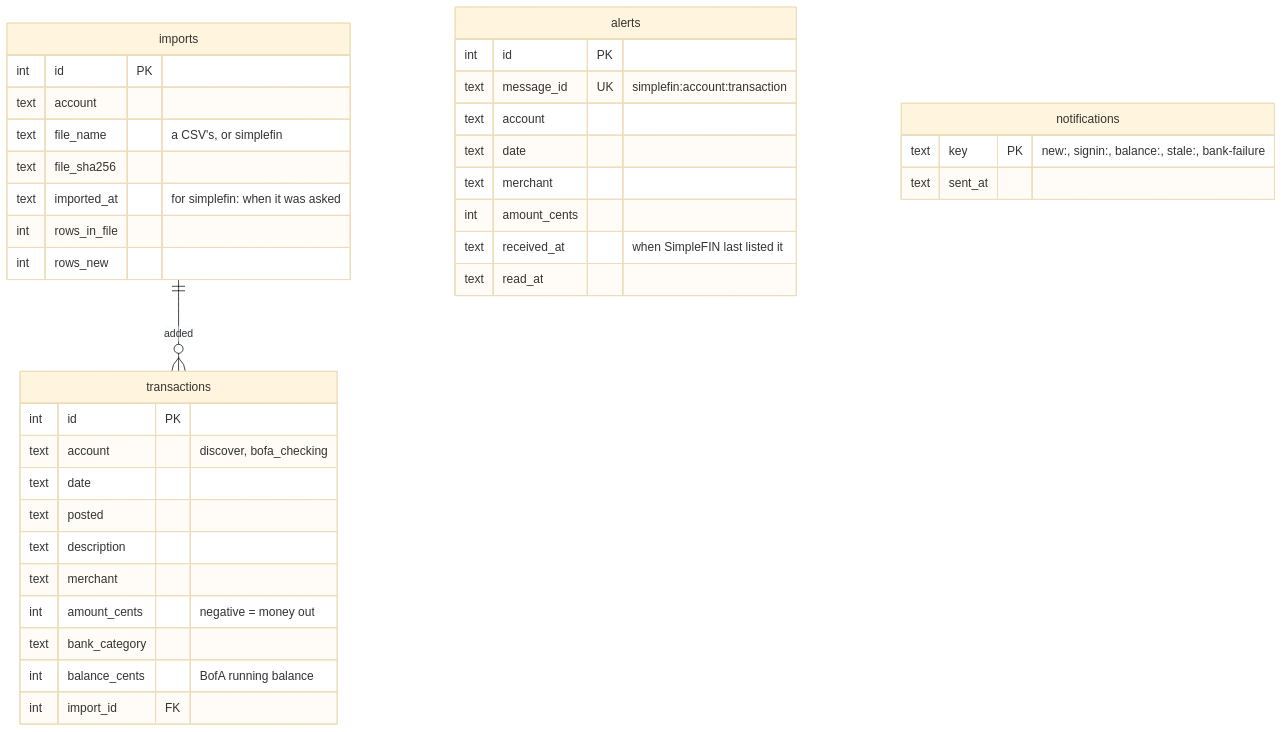
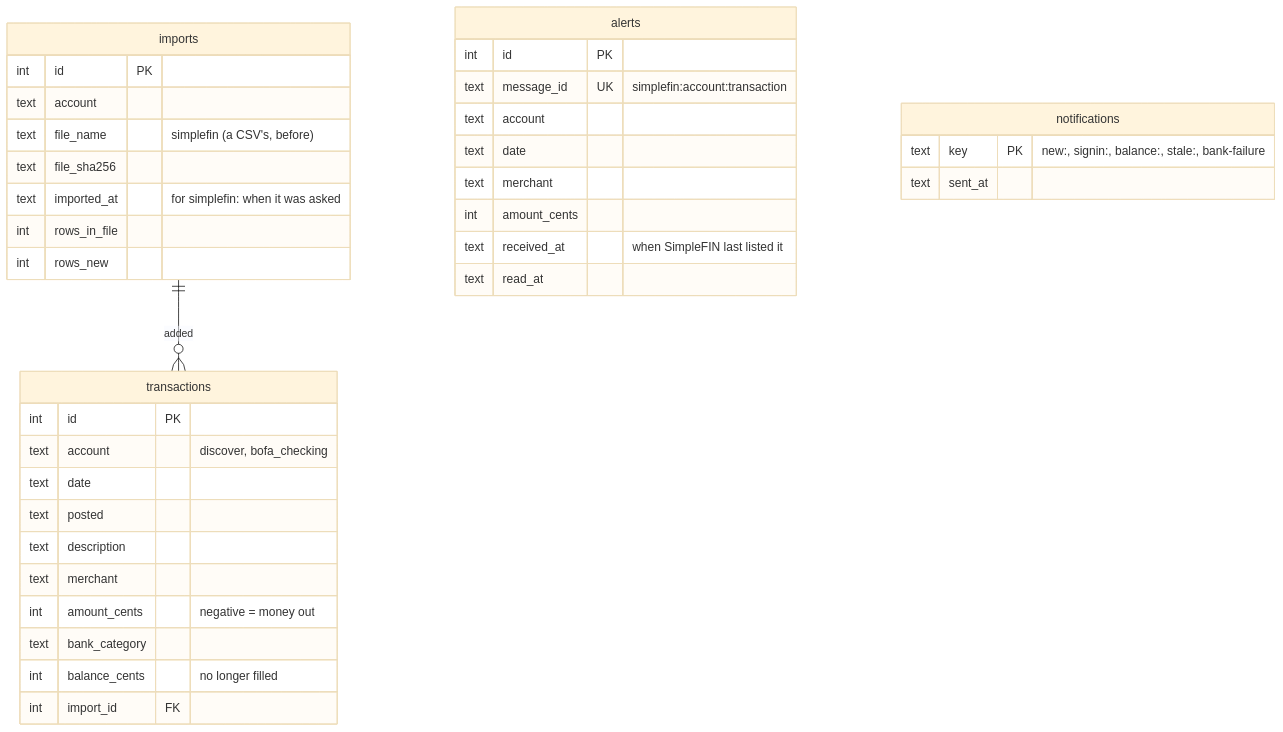
The fifth of 6 diagrams in docs/architecture.md (vmenon04/tally), drawn with Mermaid (base theme) before and after one commit. The commit also changed other lines of this file and 47 other files, not shown here.

First line of the commit message:
Remove what tally no longer uses: CSV import, the report command, the Sheet's leftovers

````diff
--- a/docs/architecture.md
+++ b/docs/architecture.md
@@ -196,40 +180,40 @@
 ```mermaid
 erDiagram
     imports ||--o{ transactions : "added"
 
     imports {
         int id PK
         text account
-        text file_name "a CSV's, or simplefin"
+        text file_name "simplefin (a CSV's, before)"
         text file_sha256
         text imported_at "for simplefin: when it was asked"
         int rows_in_file
         int rows_new
     }
     transactions {
         int id PK
         text account "discover, bofa_checking"
         text date
         text posted
         text description
         text merchant
         int amount_cents "negative = money out"
         text bank_category
-        int balance_cents "BofA running balance"
+        int balance_cents "no longer filled"
         int import_id FK
     }
     alerts {
         int id PK
         text message_id UK "simplefin:account:transaction"
         text account
         text date
         text merchant
         int amount_cents
         text received_at "when SimpleFIN last listed it"
         text read_at
     }
     notifications {
         text key PK "new:, signin:, balance:, stale:, bank-failure"
         text sent_at
     }
 ```
````
